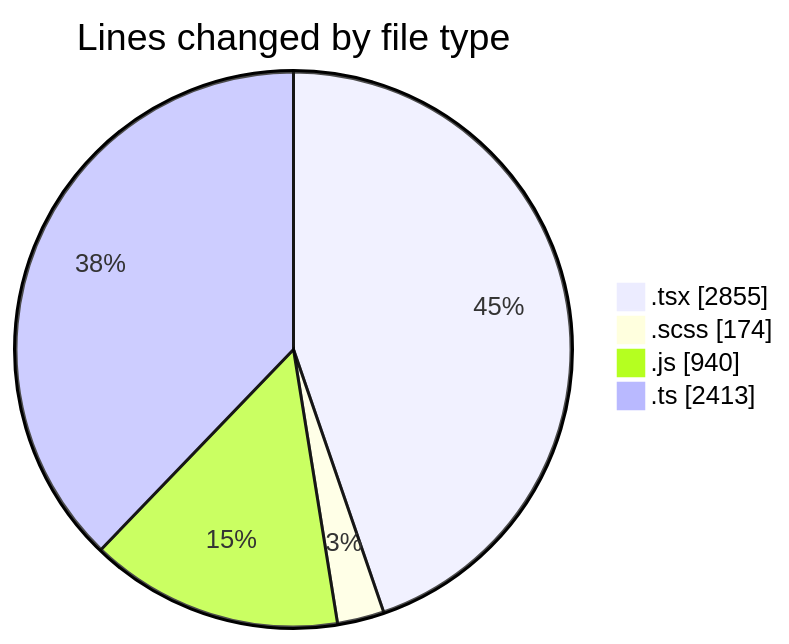
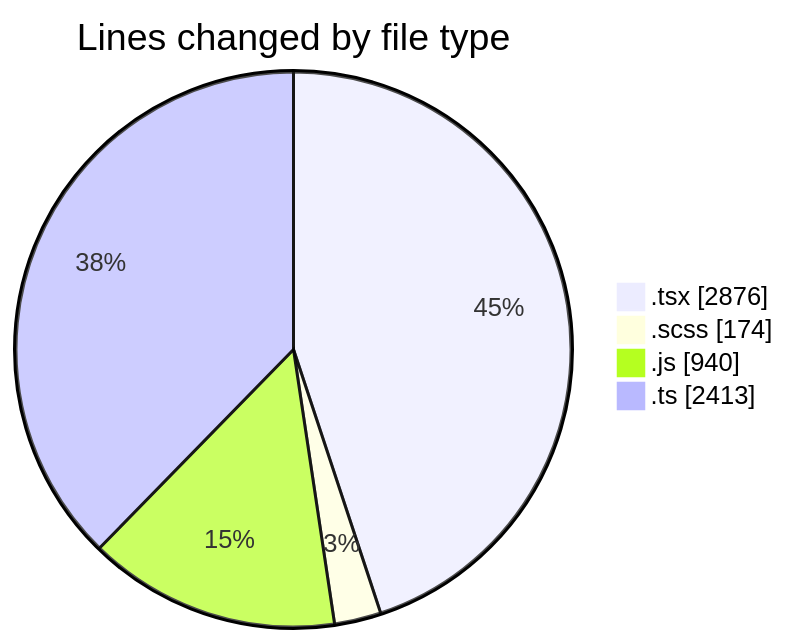
The first of 2 diagrams in 2026-07-15/cda/README.md (momahboobian/code-tracking), drawn with Mermaid before and after one commit. The commit also changed other lines of this file and 1 other file, not shown here.

````diff
--- a/2026-07-15/cda/README.md
+++ b/2026-07-15/cda/README.md
@@ -51,8 +51,8 @@
 ```mermaid
 pie showData
 title Lines changed by file type
-".tsx" : 2855
+".tsx" : 2876
 ".scss" : 174
 ".js" : 940
 ".ts" : 2413
 ```
````
